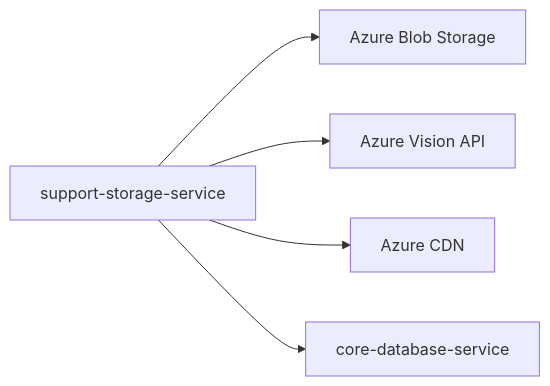
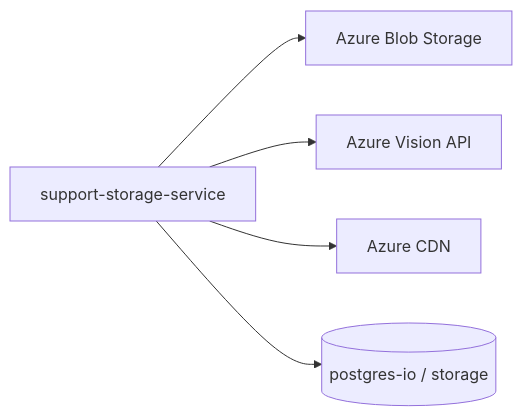
The second of 6 diagrams in microservices/support-storage-service.md (VisioBook-ESP/docs-architecture), drawn with Mermaid before and after one commit. The commit also changed other lines of this file and 15 other files, not shown here.

````diff
--- a/microservices/support-storage-service.md
+++ b/microservices/support-storage-service.md
@@ -321,7 +321,7 @@
 ```mermaid
 graph LR
     SS[support-storage-service] --> BLOB[Azure Blob Storage]
     SS --> VISION[Azure Vision API]
     SS --> CDN[Azure CDN]
-    SS --> DB[core-database-service]
+    SS --> PG[(postgres-io / storage)]
 ```
````
